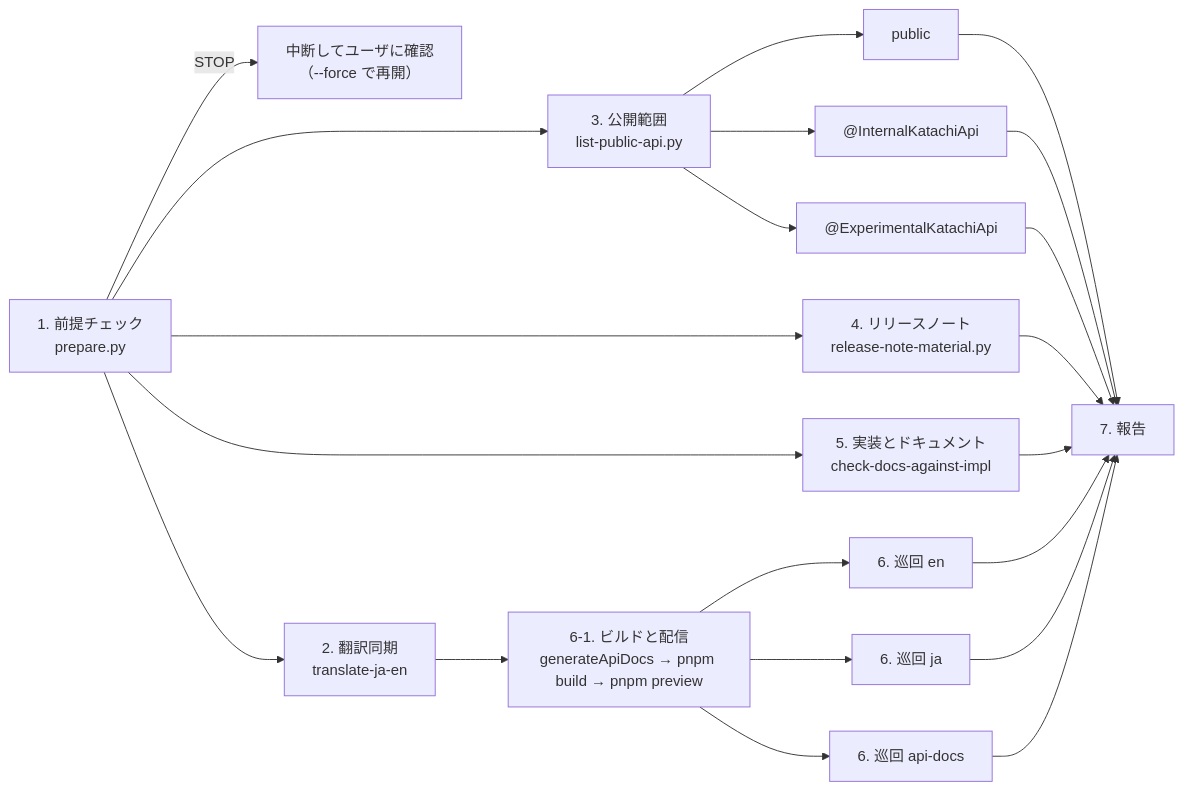
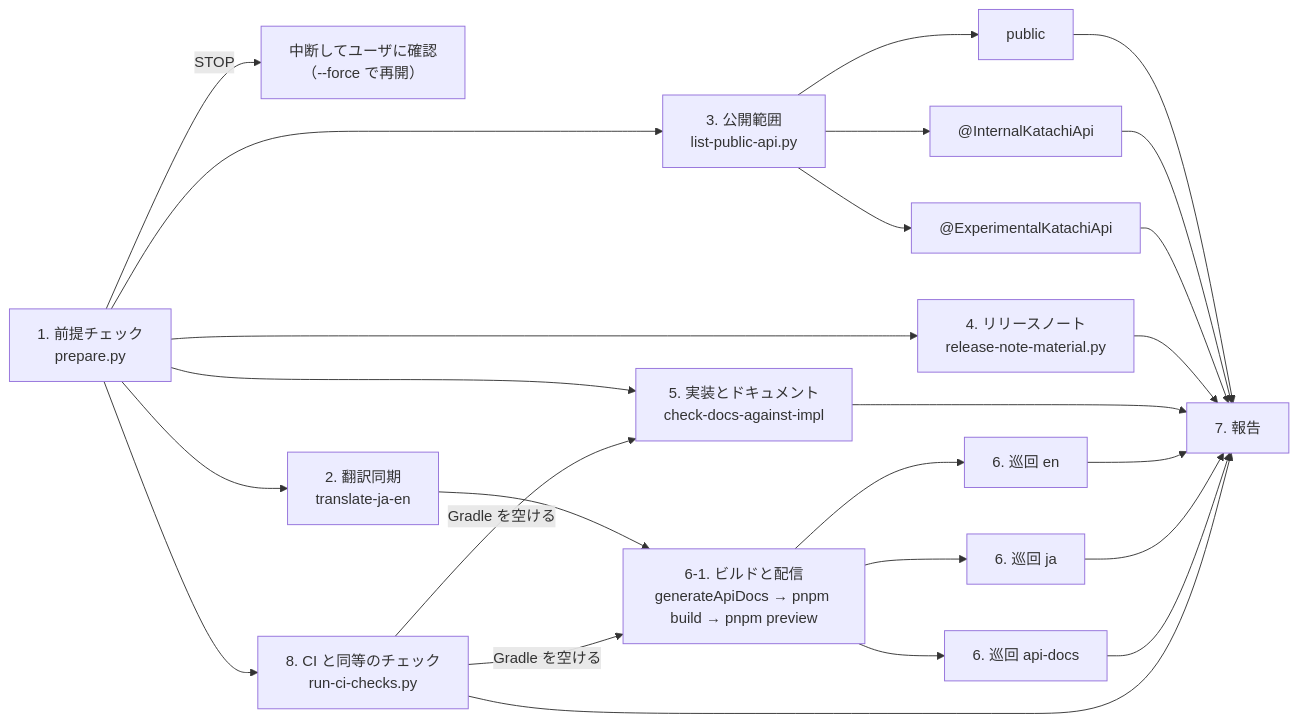
Before and after one commit to TBSten/katachi: the diagram in .claude/skills/prerelease/SKILL.md, drawn with Mermaid. The commit also changed other lines of this file and 3 other files, not shown here.

First line of the commit message:
chore(skill): prerelease に CI と同等のチェック（ci.yml の run を手元で走らせる）を足す

````diff
--- a/.claude/skills/prerelease/SKILL.md
+++ b/.claude/skills/prerelease/SKILL.md
@@ -19,12 +19,14 @@
 ```mermaid
 flowchart LR
     P["1. 前提チェック<br/>prepare.py"] -- " STOP " --> Ask["中断してユーザに確認<br/>（--force で再開）"]
     P --> T["2. 翻訳同期<br/>translate-ja-en"]
     P --> V["3. 公開範囲<br/>list-public-api.py"]
     P --> R["4. リリースノート<br/>release-note-material.py"]
     P --> D["5. 実装とドキュメント<br/>check-docs-against-impl"]
+    P --> CI["8. CI と同等のチェック<br/>run-ci-checks.py"]
     V --> V1["public"] & V2["@InternalKatachiApi"] & V3["@ExperimentalKatachiApi"]
     T --> B["6-1. ビルドと配信<br/>generateApiDocs → pnpm build → pnpm preview"]
     B --> C1["6. 巡回 en"] & C2["6. 巡回 ja"] & C3["6. 巡回 api-docs"]
-    V1 & V2 & V3 & R & D & C1 & C2 & C3 --> Rep["7. 報告"]
+    CI -- " Gradle を空ける " --> D & B
+    V1 & V2 & V3 & R & D & C1 & C2 & C3 & CI --> Rep["7. 報告"]
 ```
````
